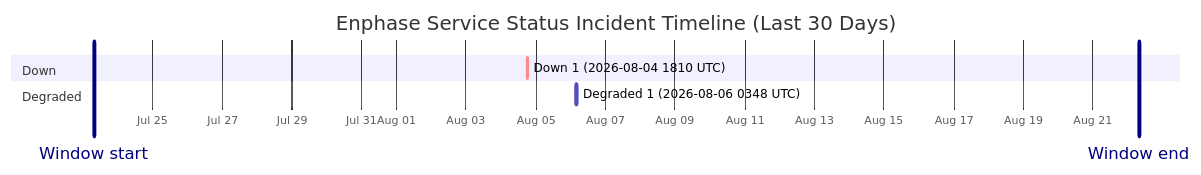
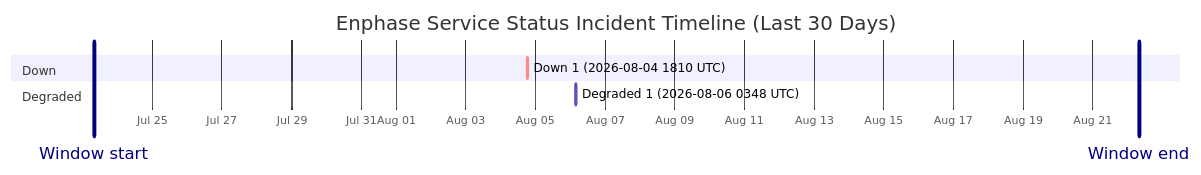
One commit to barneyonline/ha-enphase-energy changed the diagram in wiki/Service-Status-History.md. Above: the diagram before and after it, drawn with Mermaid. The commit also changed other lines of this file and 3 other files, not shown here.

````diff
--- a/wiki/Service-Status-History.md
+++ b/wiki/Service-Status-History.md
@@ -14,12 +14,12 @@
 ```mermaid
 gantt
     title Enphase Service Status Incident Timeline (Last 30 Days)
     dateFormat  YYYY-MM-DDTHH:mm:ss
     axisFormat  %b %d
-    Window start :vert, window-start, 2026-07-23T07:29:32, 0ms
-    Window end :vert, window-end, 2026-08-22T07:29:32, 0ms
+    Window start :vert, window-start, 2026-07-23T07:56:01, 0ms
+    Window end :vert, window-end, 2026-08-22T07:56:01, 0ms
     section Down
     Down 1 (2026-08-04 1810 UTC) :crit, down-1, 2026-08-04T18:10:46, 60m
     section Degraded
     Degraded 1 (2026-08-06 0348 UTC) :active, degraded-1, 2026-08-06T03:48:14, 60m
 ```
````
